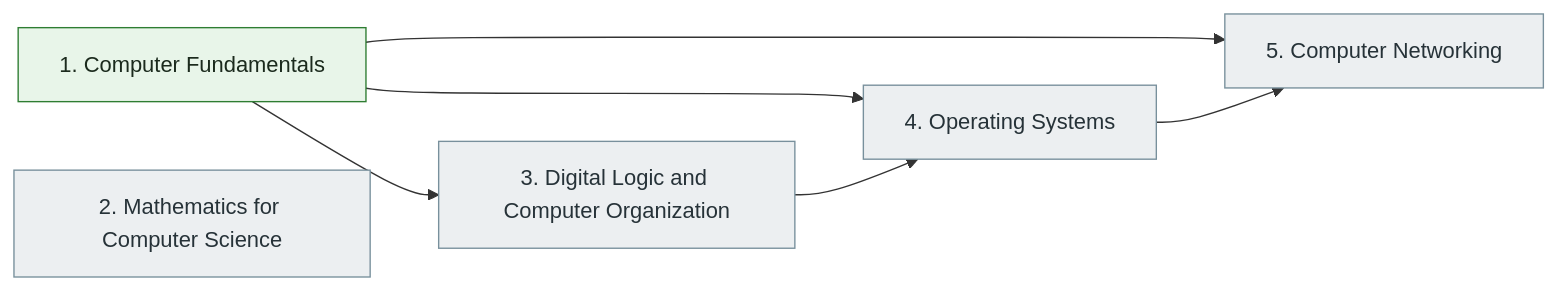
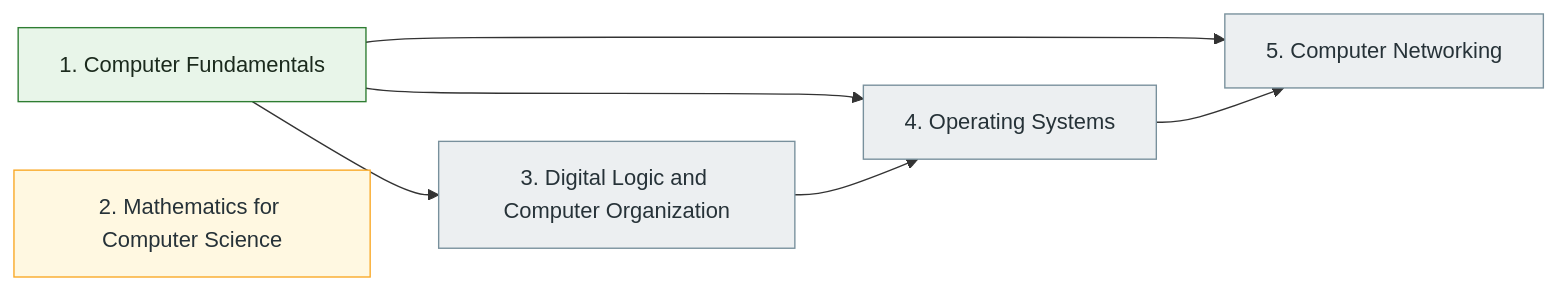
Before and after one commit to Sumit6258/Software-Engineer: the diagram in docs/01-computer-science-foundations/index.md, drawn with Mermaid. The commit also changed other lines of this file and 14 other files, not shown here.

````diff
--- a/docs/01-computer-science-foundations/index.md
+++ b/docs/01-computer-science-foundations/index.md
@@ -31,21 +31,21 @@
 ```mermaid
 flowchart LR
     S1["1. Computer Fundamentals"]
     S2["2. Mathematics for Computer Science"]
     S3["3. Digital Logic and Computer Organization"]
     S4["4. Operating Systems"]
     S5["5. Computer Networking"]
     S1 --> S3
     S1 --> S4
     S3 --> S4
     S1 --> S5
     S4 --> S5
     classDef ns fill:#eceff1,stroke:#78909c,color:#263238;
     classDef ip fill:#fff8e1,stroke:#f9a825,color:#263238;
     classDef dr fill:#e8f5e9,stroke:#2e7d32,color:#1b2a1d;
     class S1 dr;
-    class S2 ns;
+    class S2 ip;
     class S3 ns;
     class S4 ns;
     class S5 ns;
 ```
````
